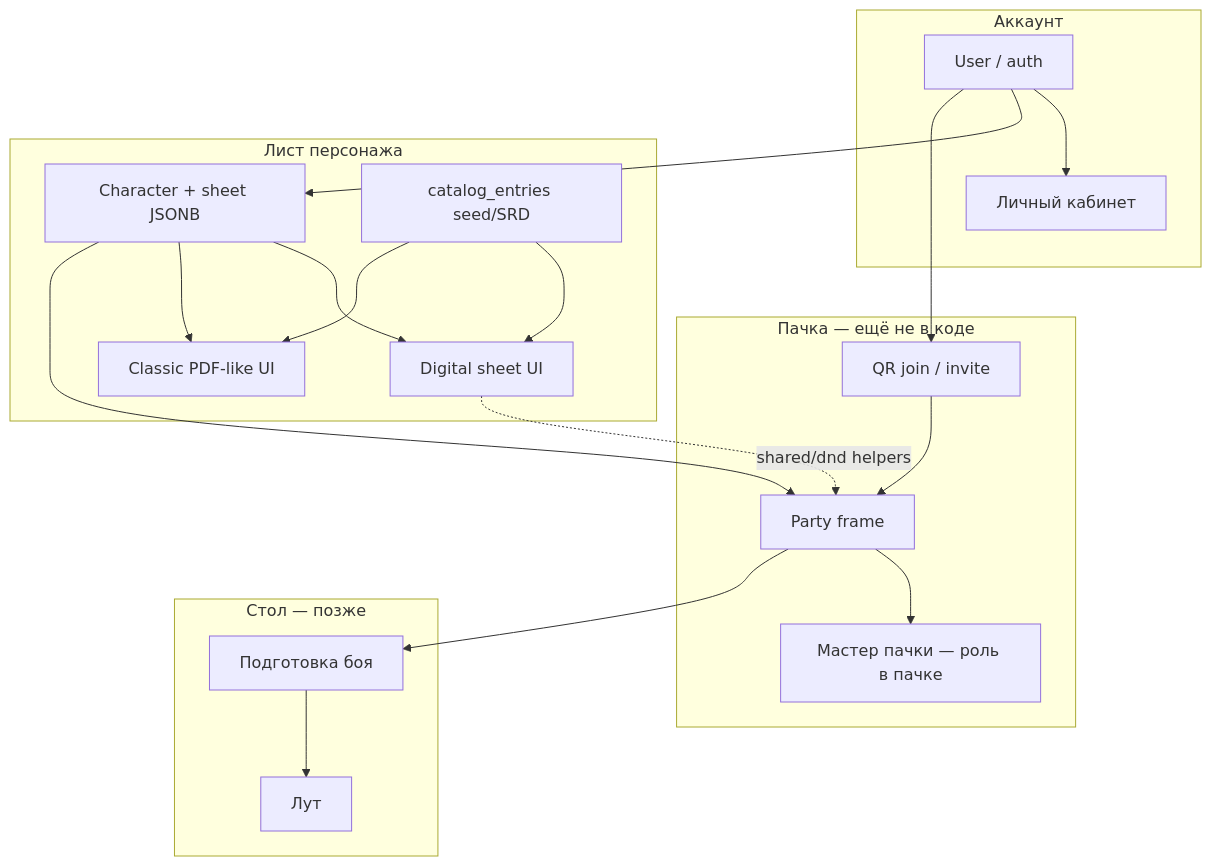
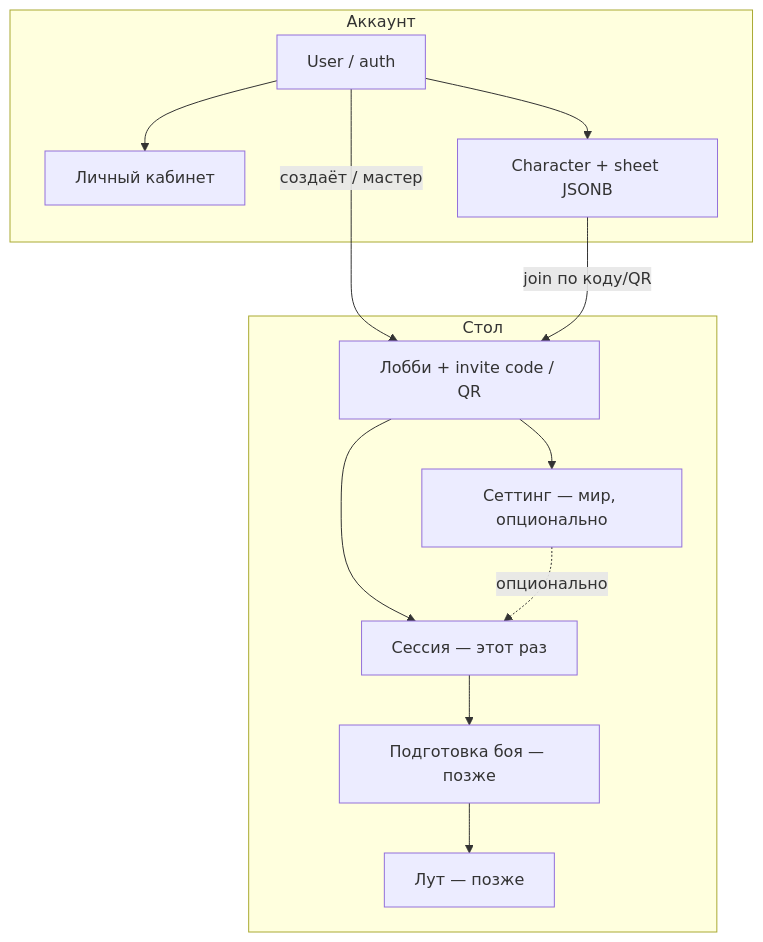
Before and after one commit to igorpogulaev485-code/Dvarf: the first of 2 diagrams in README.md, drawn with Mermaid. The commit also changed other lines of this file and 21 other files, not shown here.

First line of the commit message:
Add lobby join flow with settings and sessions

````diff
--- a/README.md
+++ b/README.md
@@ -35,39 +43,26 @@
 ```mermaid
 flowchart TB
   subgraph account [Аккаунт]
     User[User / auth]
     Cabinet[Личный кабинет]
+    Char[Character + sheet JSONB]
   end
 
-  subgraph sheet [Лист персонажа]
-    Char[Character + sheet JSONB]
-    Digital[Digital sheet UI]
-    Classic[Classic PDF-like UI]
-    Catalog[catalog_entries seed/SRD]
-  end
-
-  subgraph party [Пачка — ещё не в коде]
-    Party[Party frame]
-    Master[Мастер пачки — роль в пачке]
-    Join[QR join / invite]
-  end
-
-  subgraph table [Стол — позже]
-    Encounter[Подготовка боя]
-    Loot[Лут]
+  subgraph table [Стол]
+    Lobby[Лобби + invite code / QR]
+    Setting[Сеттинг — мир, опционально]
+    Session[Сессия — этот раз]
+    Encounter[Подготовка боя — позже]
+    Loot[Лут — позже]
   end
 
   User --> Cabinet
   User --> Char
-  Catalog --> Digital
-  Catalog --> Classic
-  Char --> Digital
-  Char --> Classic
-  Char --> Party
-  User --> Join
-  Join --> Party
-  Party --> Master
-  Party --> Encounter
+  User -->|создаёт / мастер| Lobby
+  Char -->|join по коду/QR| Lobby
+  Lobby --> Setting
+  Lobby --> Session
+  Setting -.->|опционально| Session
+  Session --> Encounter
   Encounter --> Loot
-  Digital -.->|shared/dnd helpers| Party
 ```
````
